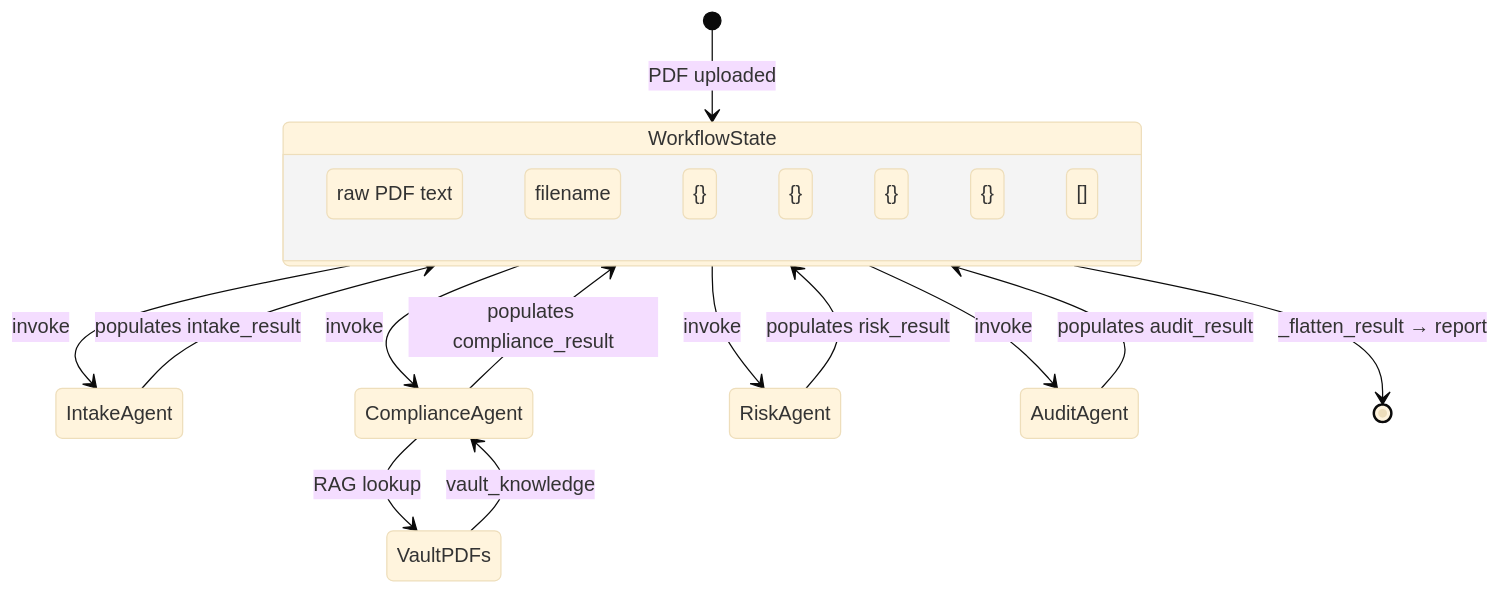
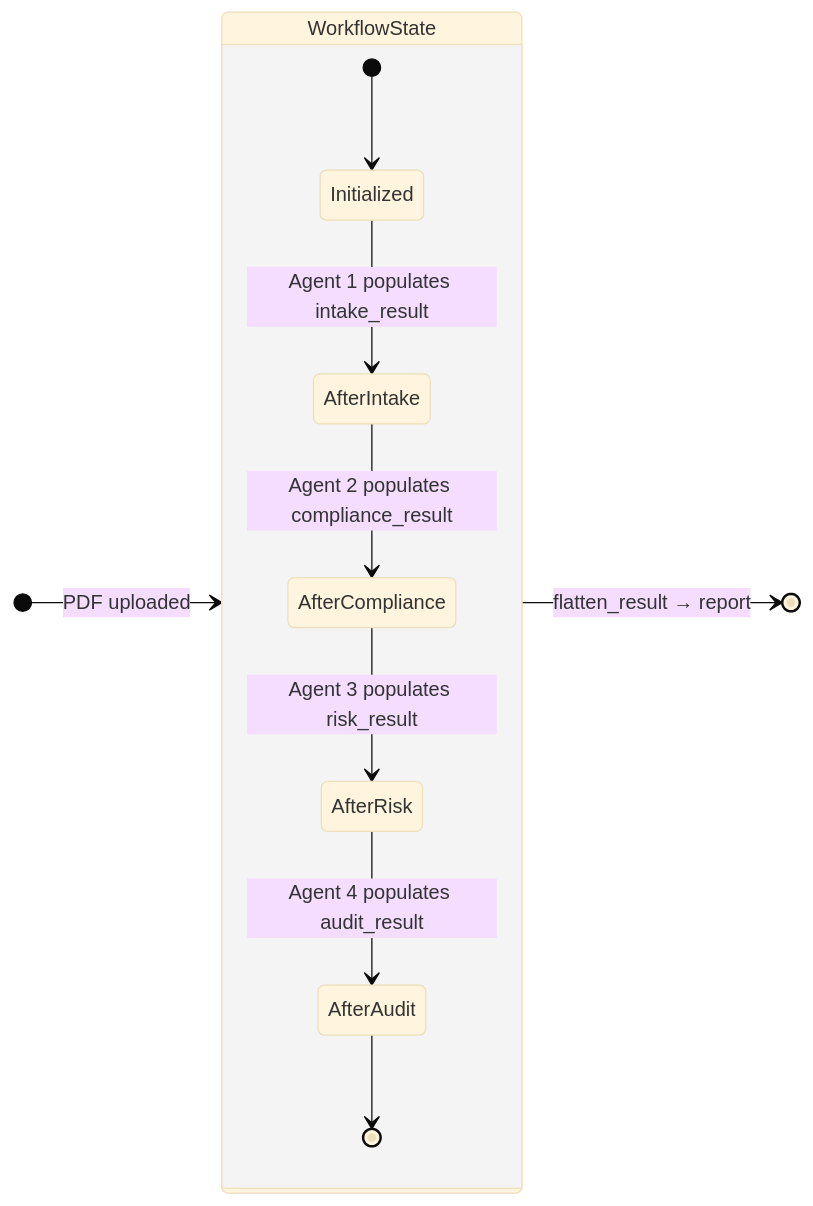
The third of 9 diagrams in README.md (Kunalkandke/Nights_Watch_AgentCon), drawn with Mermaid (base theme) before and after one commit. The commit also changed other lines of this file, not shown here.

````diff
--- a/README.md
+++ b/README.md
@@ -225,30 +104,17 @@
 ```mermaid
 stateDiagram-v2
+    direction LR
+
     [*] --> WorkflowState : PDF uploaded
 
     state WorkflowState {
-        document_text: raw PDF text
-        doc_name: filename
-        intake_result: {}
-        compliance_result: {}
-        risk_result: {}
-        audit_result: {}
-        agent_log: []
+        [*] --> Initialized
+        Initialized --> AfterIntake : Agent 1 populates intake_result
+        AfterIntake --> AfterCompliance : Agent 2 populates compliance_result
+        AfterCompliance --> AfterRisk : Agent 3 populates risk_result
+        AfterRisk --> AfterAudit : Agent 4 populates audit_result
+        AfterAudit --> [*]
     }
 
-    WorkflowState --> IntakeAgent : invoke
-    IntakeAgent --> WorkflowState : populates intake_result
-
-    WorkflowState --> ComplianceAgent : invoke
-    ComplianceAgent --> VaultPDFs : RAG lookup
-    VaultPDFs --> ComplianceAgent : vault_knowledge
-    ComplianceAgent --> WorkflowState : populates compliance_result
-
-    WorkflowState --> RiskAgent : invoke
-    RiskAgent --> WorkflowState : populates risk_result
-
-    WorkflowState --> AuditAgent : invoke
-    AuditAgent --> WorkflowState : populates audit_result
-
-    WorkflowState --> [*] : _flatten_result → report
+    WorkflowState --> [*] : flatten_result → report
 ```
````
